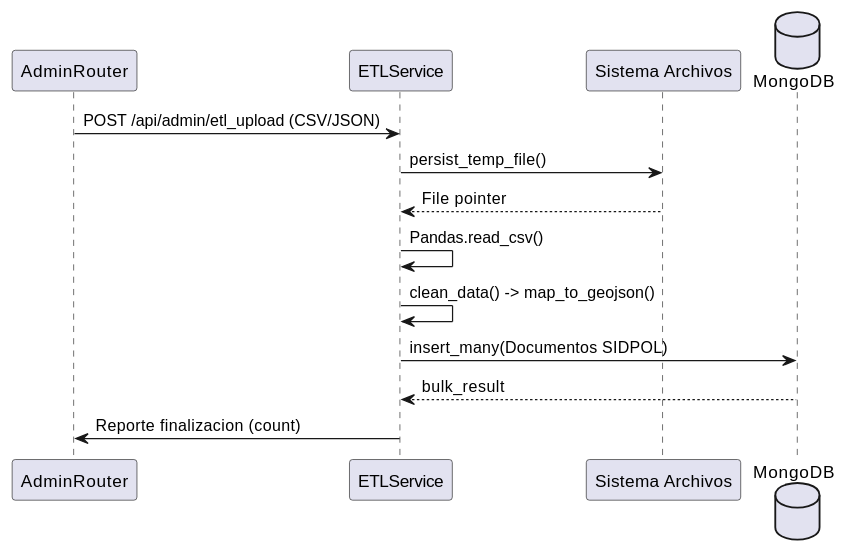
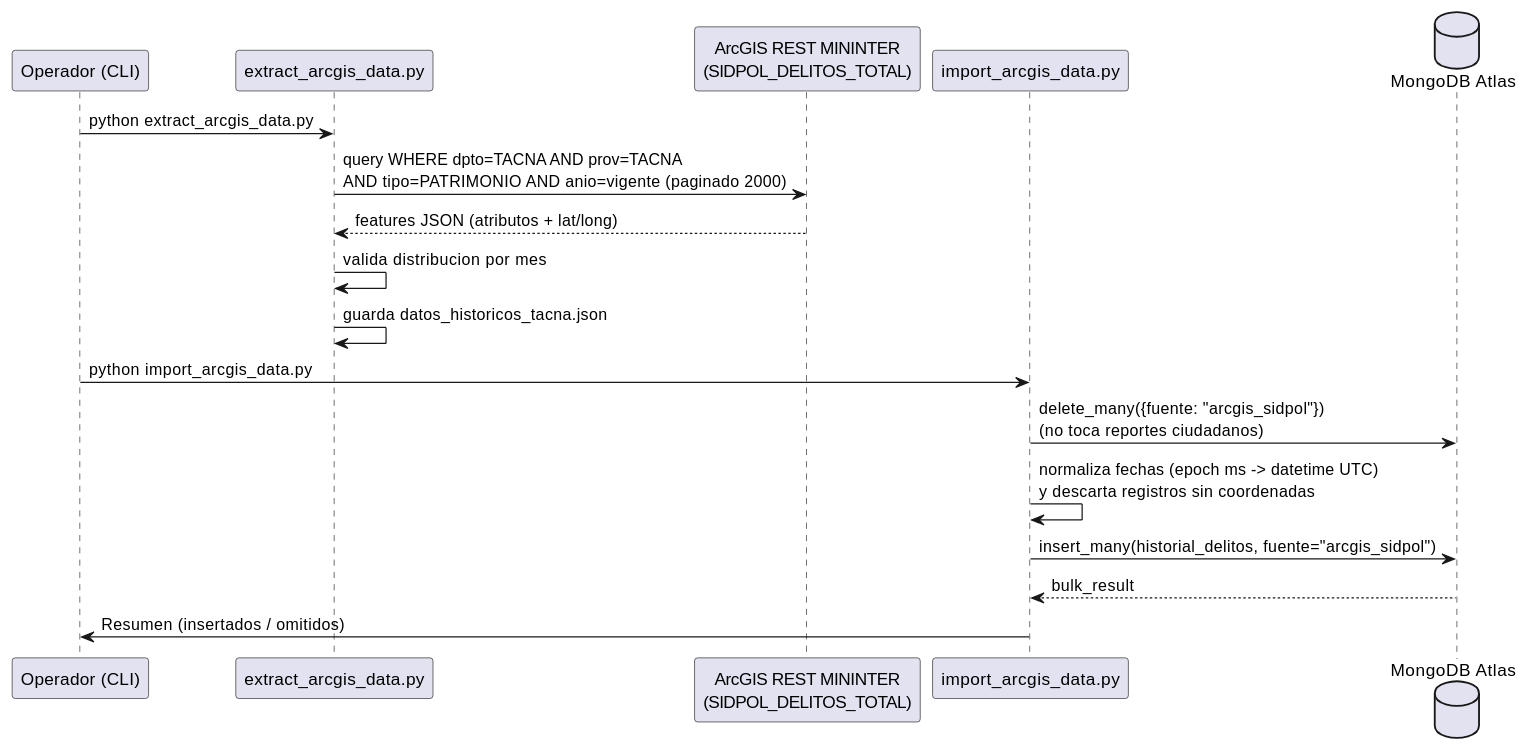
The sixth of 10 diagrams in docs/FD04-EPIS-Informe SAD de Proyecto.md (pieroalexanderppc/sgeo_pp), drawn with PlantUML before and after one commit. The commit also changed other lines of this file and 27 other files, not shown here.

````diff
--- a/docs/FD04-EPIS-Informe SAD de Proyecto.md
+++ b/docs/FD04-EPIS-Informe SAD de Proyecto.md
@@ -308,18 +336,23 @@
 ```plantuml
 @startuml
 skinparam shadowing false
-participant "AdminRouter" as Router
-participant "ETLService" as ETL
-participant "Sistema Archivos" as FS
-database "MongoDB" as DB
+participant "Operador (CLI)" as OP
+participant "extract_arcgis_data.py" as EXT
+participant "ArcGIS REST MININTER\n(SIDPOL_DELITOS_TOTAL)" as ARC
+participant "import_arcgis_data.py" as IMP
+database "MongoDB Atlas" as DB
 
-Router -> ETL: POST /api/admin/etl_upload (CSV/JSON)
-ETL -> FS: persist_temp_file()
-FS --> ETL: File pointer
-ETL -> ETL: Pandas.read_csv()
-ETL -> ETL: clean_data() -> map_to_geojson()
-ETL -> DB: insert_many(Documentos SIDPOL)
-DB --> ETL: bulk_result
-ETL -> Router: Reporte finalizacion (count)
+OP -> EXT: python extract_arcgis_data.py
+EXT -> ARC: query WHERE dpto=TACNA AND prov=TACNA\nAND tipo=PATRIMONIO AND anio=vigente (paginado 2000)
+ARC --> EXT: features JSON (atributos + lat/long)
+EXT -> EXT: valida distribucion por mes
+EXT -> EXT: guarda datos_historicos_tacna.json
+
+OP -> IMP: python import_arcgis_data.py
+IMP -> DB: delete_many({fuente: "arcgis_sidpol"})\n(no toca reportes ciudadanos)
+IMP -> IMP: normaliza fechas (epoch ms -> datetime UTC)\ny descarta registros sin coordenadas
+IMP -> DB: insert_many(historial_delitos, fuente="arcgis_sidpol")
+DB --> IMP: bulk_result
+IMP -> OP: Resumen (insertados / omitidos)
 @enduml
 ```
````
